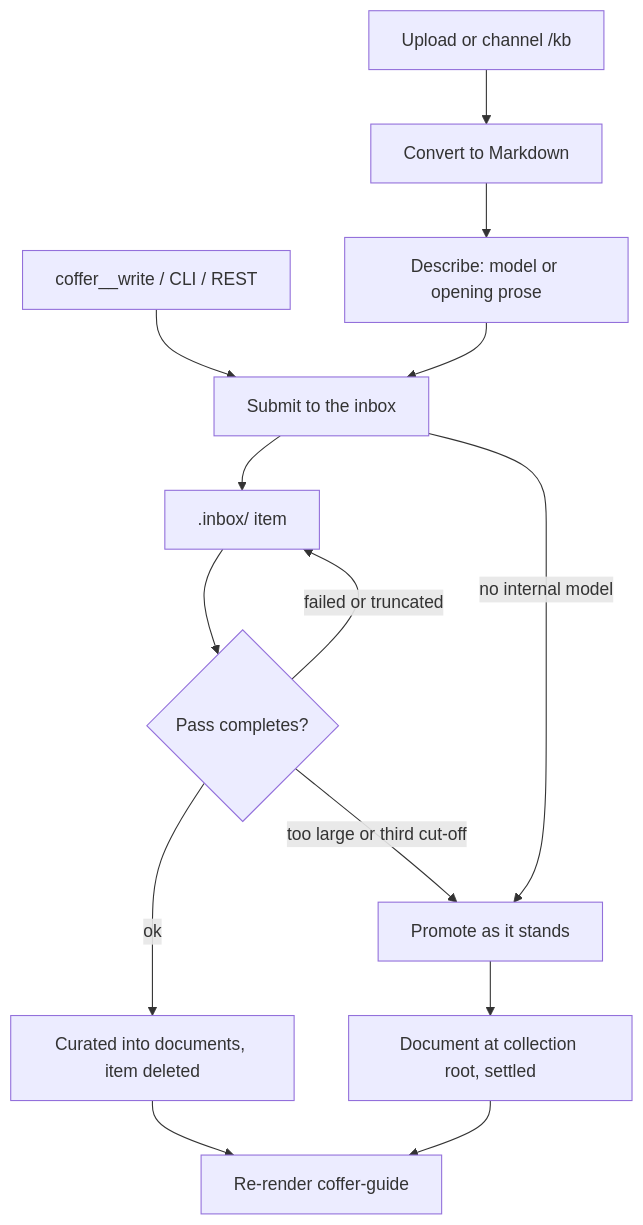
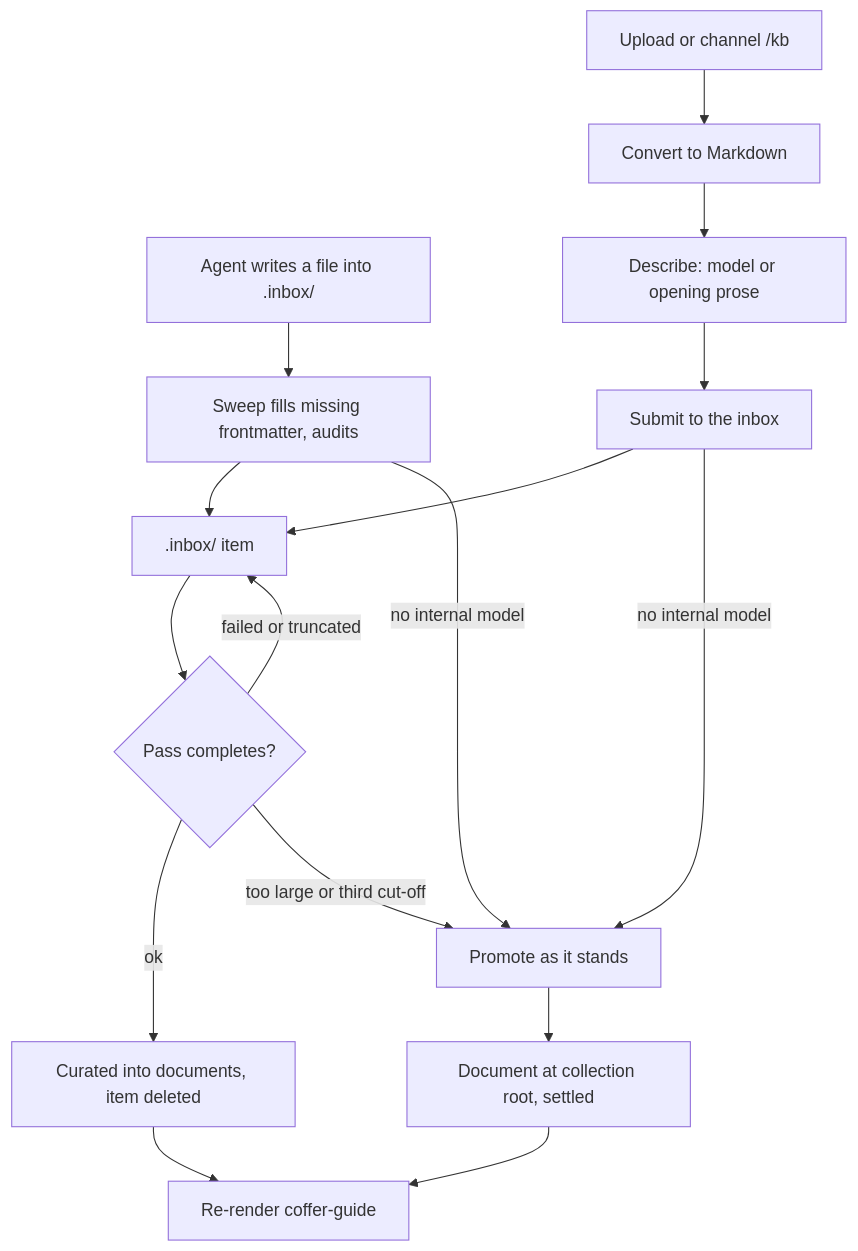
The first of 3 diagrams in docs-site/architecture/knowledge.md (wyx-sg/Coffer), drawn with Mermaid before and after one commit. The commit also changed other lines of this file and 610 other files, not shown here.

````diff
--- a/docs-site/architecture/knowledge.md
+++ b/docs-site/architecture/knowledge.md
@@ -99,16 +98,18 @@
 ```mermaid
 flowchart TD
-  W["coffer__write / CLI / REST"] --> S["Submit to the inbox"]
+  W["Agent writes a file into .inbox/"] --> N["Sweep fills missing frontmatter, audits"]
   U["Upload or channel /kb"] --> C["Convert to Markdown"]
   C --> D["Describe: model or opening prose"]
-  D --> S
+  D --> S["Submit to the inbox"]
   S --> I[".inbox/ item"]
+  N --> I
   S -->|"no internal model"| P["Promote as it stands"]
+  N -->|"no internal model"| P
   I --> Q{"Pass completes?"}
   Q -->|"ok"| M["Curated into documents, item deleted"]
   Q -->|"failed or truncated"| I
   Q -->|"too large or third cut-off"| P
   P --> DOC["Document at collection root, settled"]
   M --> G["Re-render coffer-guide"]
   DOC --> G
 ```
````
